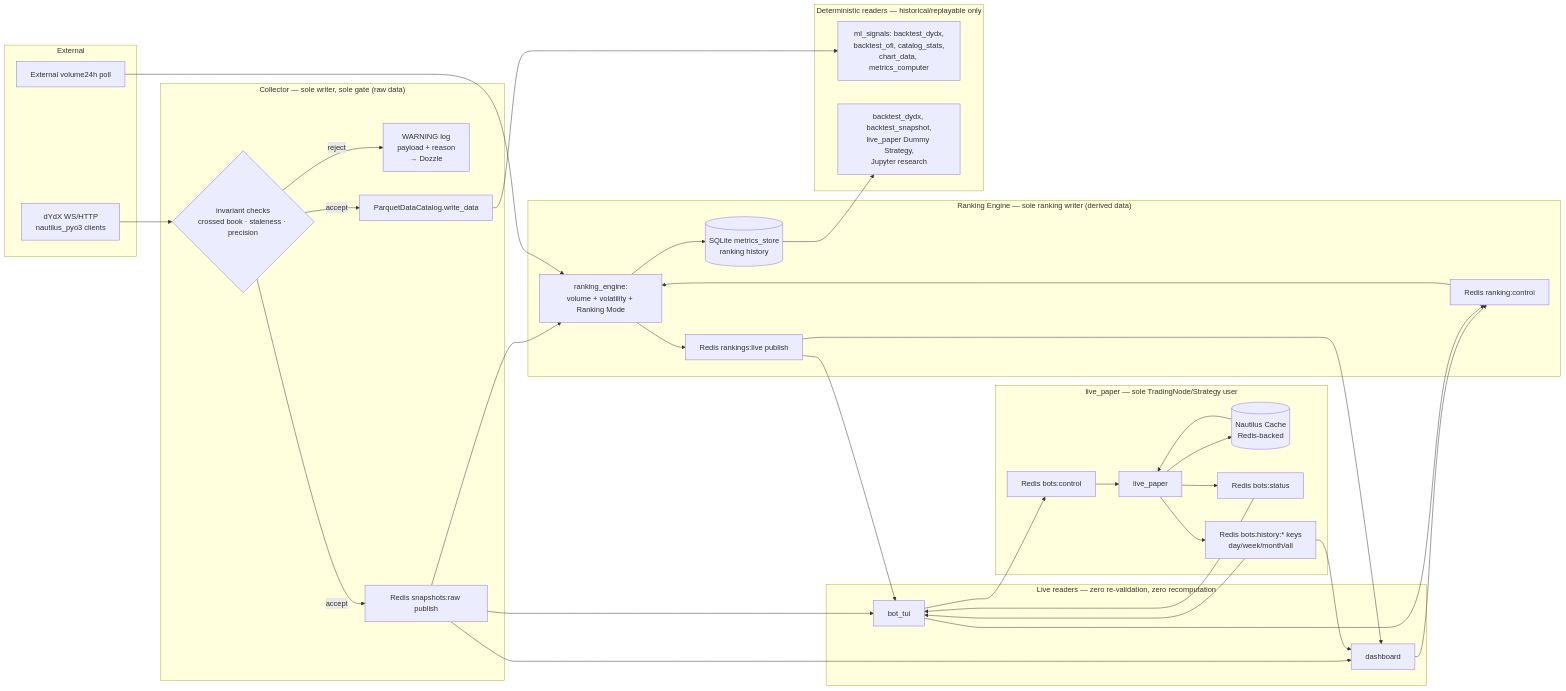
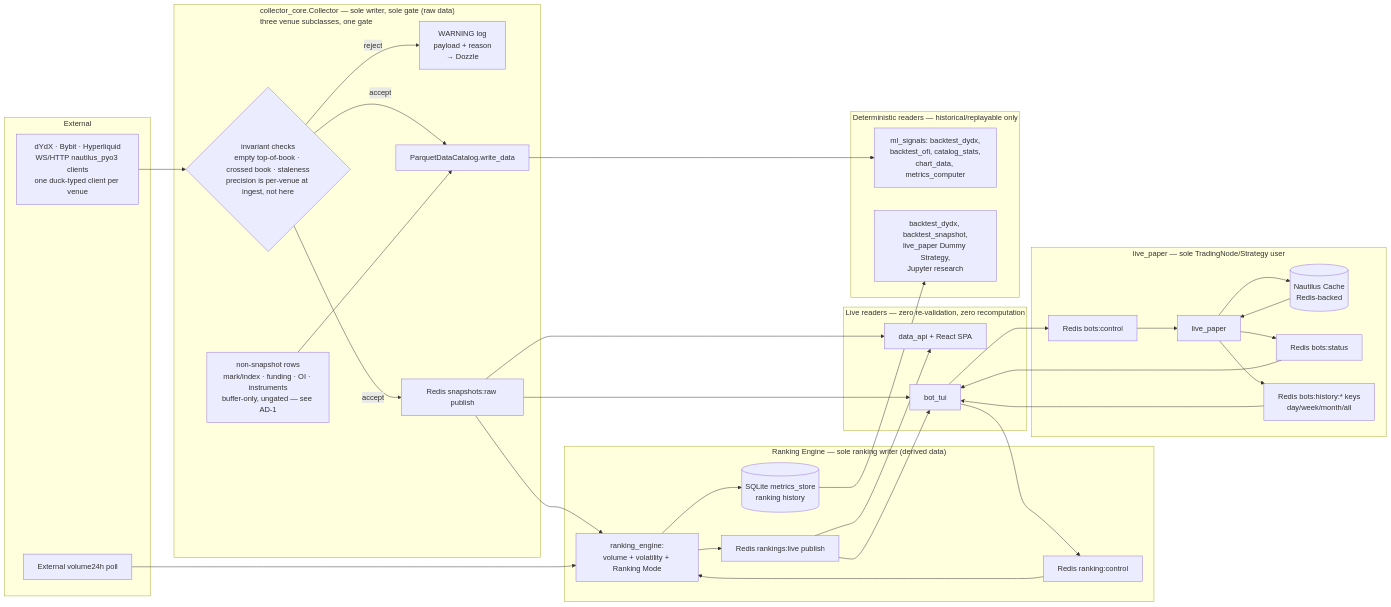
One commit to JeppeOEM/nautilus_trader_fork changed the diagram in _bmad-output/planning-artifacts/architecture/architecture-nautilus_trader_fork-2026-07-01/ARCHITECTURE-SPINE.md. Above: the diagram before and after it, drawn with Mermaid. The commit also changed other lines of this file and 13 other files, not shown here.

Commit message:
story 22-8-spine-rules-and-docs-updated-for-the-multi-venue-core: implemented and reviewed via bmad-loop

````diff
--- a/_bmad-output/planning-artifacts/architecture/architecture-nautilus_trader_fork-2026-07-01/ARCHITECTURE-SPINE.md
+++ b/_bmad-output/planning-artifacts/architecture/architecture-nautilus_trader_fork-2026-07-01/ARCHITECTURE-SPINE.md
@@ -24,49 +29,48 @@
 ```mermaid
 flowchart LR
     subgraph External
-        WS[dYdX WS/HTTP<br/>nautilus_pyo3 clients]
+        WS[dYdX · Bybit · Hyperliquid<br/>WS/HTTP nautilus_pyo3 clients<br/>one duck-typed client per venue]
         VOL[External volume24h poll]
     end
-    subgraph Gate["Collector — sole writer, sole gate (raw data)"]
-        WS --> V{invariant checks<br/>crossed book · staleness · precision}
+    subgraph Gate["collector_core.Collector — sole writer, sole gate (raw data)<br/>three venue subclasses, one gate"]
+        WS --> V{invariant checks<br/>empty top-of-book · crossed book · staleness<br/>precision is per-venue at ingest, not here}
         V -- reject --> LOG[WARNING log<br/>payload + reason<br/>→ Dozzle]
         V -- accept --> SINK1[ParquetDataCatalog.write_data]
         V -- accept --> SINK2[Redis snapshots:raw publish]
+        BUF[non-snapshot rows<br/>mark/index · funding · OI · instruments<br/>buffer-only, ungated — see AD-1] --> SINK1
     end
     subgraph Rank["Ranking Engine — sole ranking writer (derived data)"]
         RE[ranking_engine:<br/>volume + volatility + Ranking Mode]
         SINK2 --> RE
         VOL --> RE
         RE --> SINK3[Redis rankings:live publish]
         RE --> HIST[(SQLite metrics_store<br/>ranking history)]
         SINK3b[Redis ranking:control] --> RE
     end
     subgraph Trade["live_paper — sole TradingNode/Strategy user"]
         LP[live_paper]
         CACHE[(Nautilus Cache<br/>Redis-backed)]
         SINK5[Redis bots:control]
         SINK4[Redis bots:status]
         SINK6[Redis bots:history:* keys<br/>day/week/month/all]
         SINK5 --> LP
         LP --> SINK4
         LP --> CACHE
         CACHE --> LP
         LP --> SINK6
     end
     subgraph Readers["Live readers — zero re-validation, zero recomputation"]
-        SINK2 --> DASH[dashboard]
-        SINK3 --> DASH
-        DASH --> SINK3b
+        SINK2 --> API[data_api + React SPA]
+        SINK3 --> API
         SINK2 --> TUI[bot_tui]
         SINK3 --> TUI
         TUI --> SINK3b
         SINK4 --> TUI
         TUI --> SINK5
         SINK6 --> TUI
-        SINK6 --> DASH
     end
     subgraph Historical["Deterministic readers — historical/replayable only"]
         SINK1 --> R1[ml_signals: backtest_dydx,<br/>backtest_ofi, catalog_stats,<br/>chart_data, metrics_computer]
         HIST --> R2[backtest_dydx, backtest_snapshot,<br/>live_paper Dummy Strategy,<br/>Jupyter research]
     end
 ```
````
